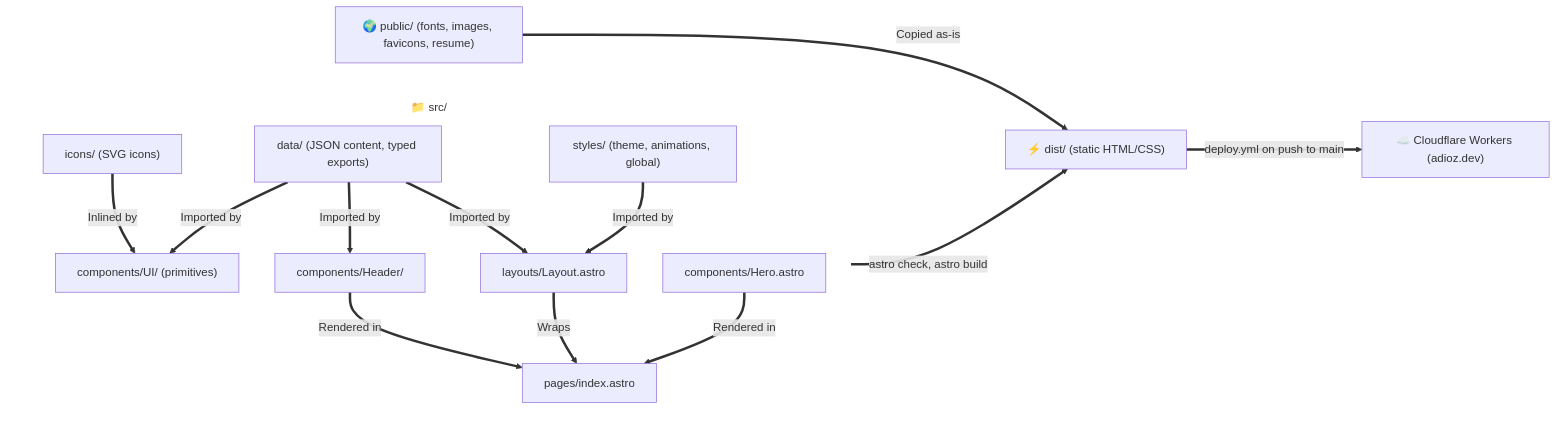
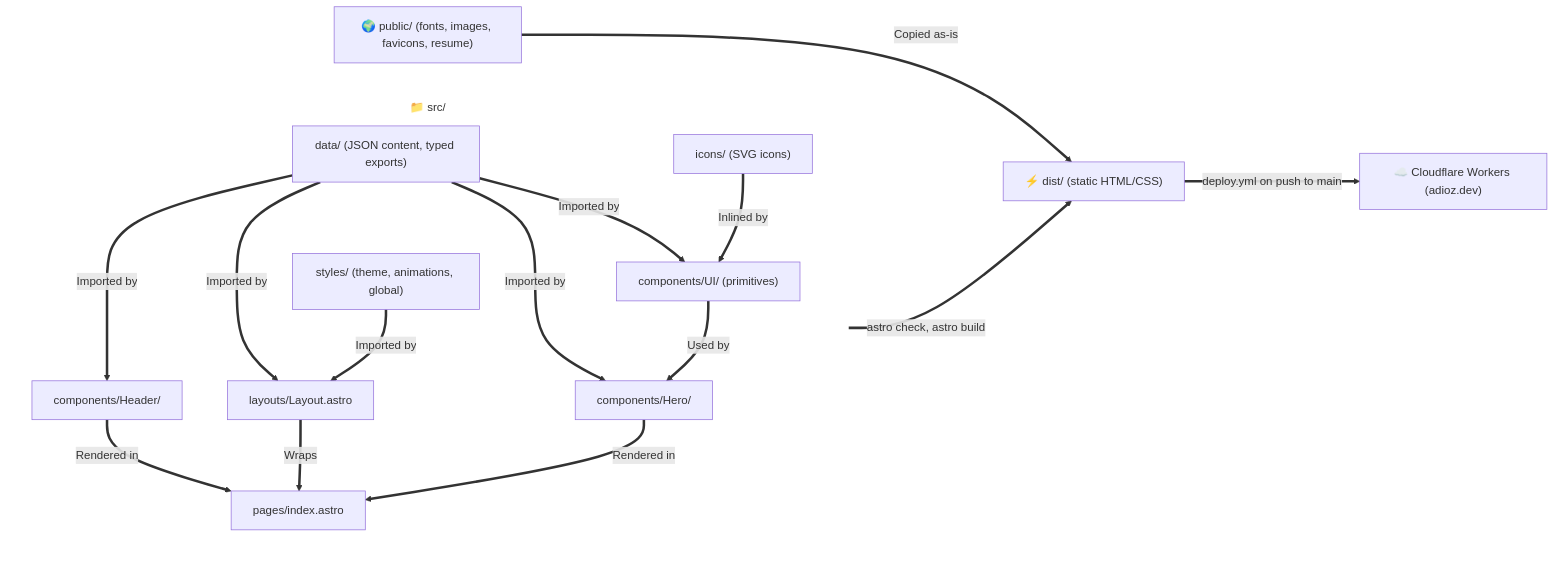
The diagram in docs/architecture.md (adiozeshitemi/adioz-profile), drawn with Mermaid before and after one commit. The commit also changed other lines of this file and 2 other files, not shown here.

First line of the commit message:
docs: document the hero, its data and the terminal

````diff
--- a/docs/architecture.md
+++ b/docs/architecture.md
@@ -9,32 +9,34 @@
 ```mermaid
 flowchart LR
     %% Define invisible styling for subgraphs to remove backgrounds and borders
     classDef transparent fill:none,stroke:none;
 
     subgraph Src ["📁 src/"]
         direction TB
-        Icons["icons/ (SVG icons)"]
         Data["data/ (JSON content, typed exports)"]
         Styles["styles/ (theme, animations, global)"]
-        UI["components/UI/ (primitives)"]
+        Icons["icons/ (SVG icons)"]
         Header["components/Header/"]
         Layout["layouts/Layout.astro"]
-        Hero["components/Hero.astro"]
+        UI["components/UI/ (primitives)"]
+        Hero["components/Hero/"]
         Page["pages/index.astro"]
     end
 
-    Icons ==>|Inlined by| UI
-    Data ==>|Imported by| UI
     Data ==>|Imported by| Header
     Data ==>|Imported by| Layout
     Styles ==>|Imported by| Layout
+    Data ==>|Imported by| UI
+    Icons ==>|Inlined by| UI
+    Data ==>|Imported by| Hero
+    UI ==>|Used by| Hero
     Header ==>|Rendered in| Page
     Layout ==>|Wraps| Page
     Hero ==>|Rendered in| Page
     Page ==>|astro check, astro build| Dist["⚡ dist/ (static HTML/CSS)"]
     Public["🌍 public/ (fonts, images, favicons, resume)"] ==>|Copied as-is| Dist
     Dist ==>|deploy.yml on push to main| Workers["☁️ Cloudflare Workers (adioz.dev)"]
 
     %% Apply transparent class to subgraphs
     class Src transparent;
 ```
````
